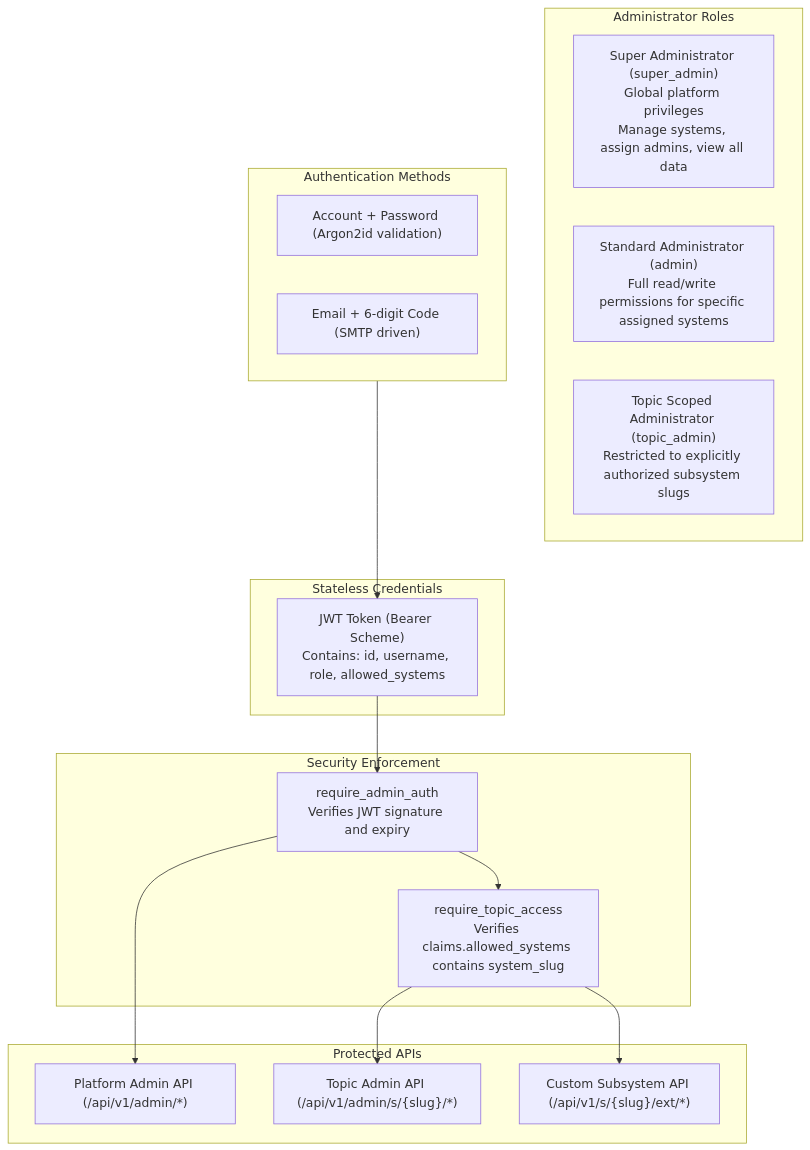
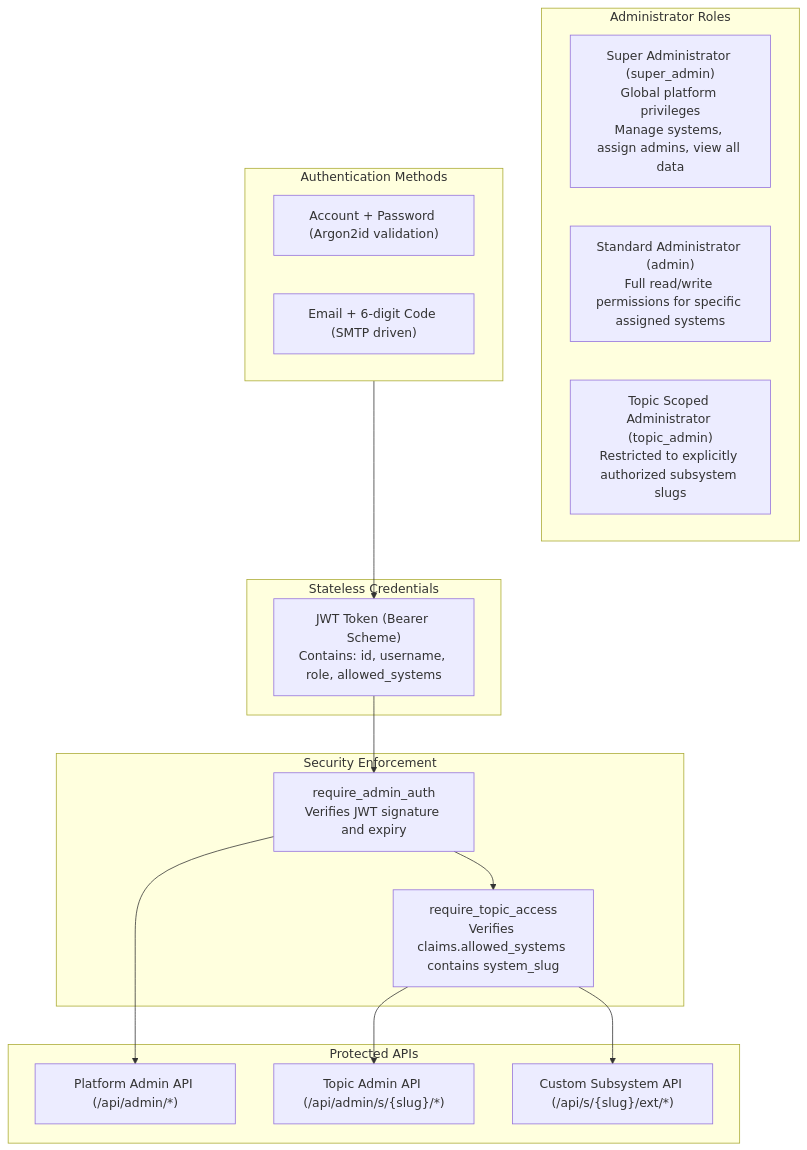
Before and after one commit to FoundKit/foundry: the first of 2 diagrams in docs/src/content/docs/guides/auth-security.md, drawn with Mermaid. The commit also changed other lines of this file and 83 other files, not shown here.

````diff
--- a/docs/src/content/docs/guides/auth-security.md
+++ b/docs/src/content/docs/guides/auth-security.md
@@ -18,35 +18,35 @@
 ```mermaid
 flowchart TD
     subgraph Roles["Administrator Roles"]
         SuperAdmin["Super Administrator (super_admin)\nGlobal platform privileges\nManage systems, assign admins, view all data"]
         Admin["Standard Administrator (admin)\nFull read/write permissions for specific assigned systems"]
         TopicAdmin["Topic Scoped Administrator (topic_admin)\nRestricted to explicitly authorized subsystem slugs"]
     end
 
     subgraph AuthMethods["Authentication Methods"]
         PasswordLogin["Account + Password (Argon2id validation)"]
         EmailLogin["Email + 6-digit Code (SMTP driven)"]
     end
 
     subgraph Token["Stateless Credentials"]
         JWT["JWT Token (Bearer Scheme)\nContains: id, username, role, allowed_systems"]
     end
 
     subgraph Middlewares["Security Enforcement"]
         M1["require_admin_auth\nVerifies JWT signature and expiry"]
         M2["require_topic_access\nVerifies claims.allowed_systems contains system_slug"]
     end
 
     subgraph Resources["Protected APIs"]
-        AdminAPI["Platform Admin API (/api/v1/admin/*)"]
-        TopicAdminAPI["Topic Admin API (/api/v1/admin/s/{slug}/*)"]
-        CustomExtAPI["Custom Subsystem API (/api/v1/s/{slug}/ext/*)"]
+        AdminAPI["Platform Admin API (/api/admin/*)"]
+        TopicAdminAPI["Topic Admin API (/api/admin/s/{slug}/*)"]
+        CustomExtAPI["Custom Subsystem API (/api/s/{slug}/ext/*)"]
     end
 
     AuthMethods --> JWT
     JWT --> M1
     M1 --> AdminAPI
     M1 --> M2
     M2 --> TopicAdminAPI
     M2 --> CustomExtAPI
 ```
````
